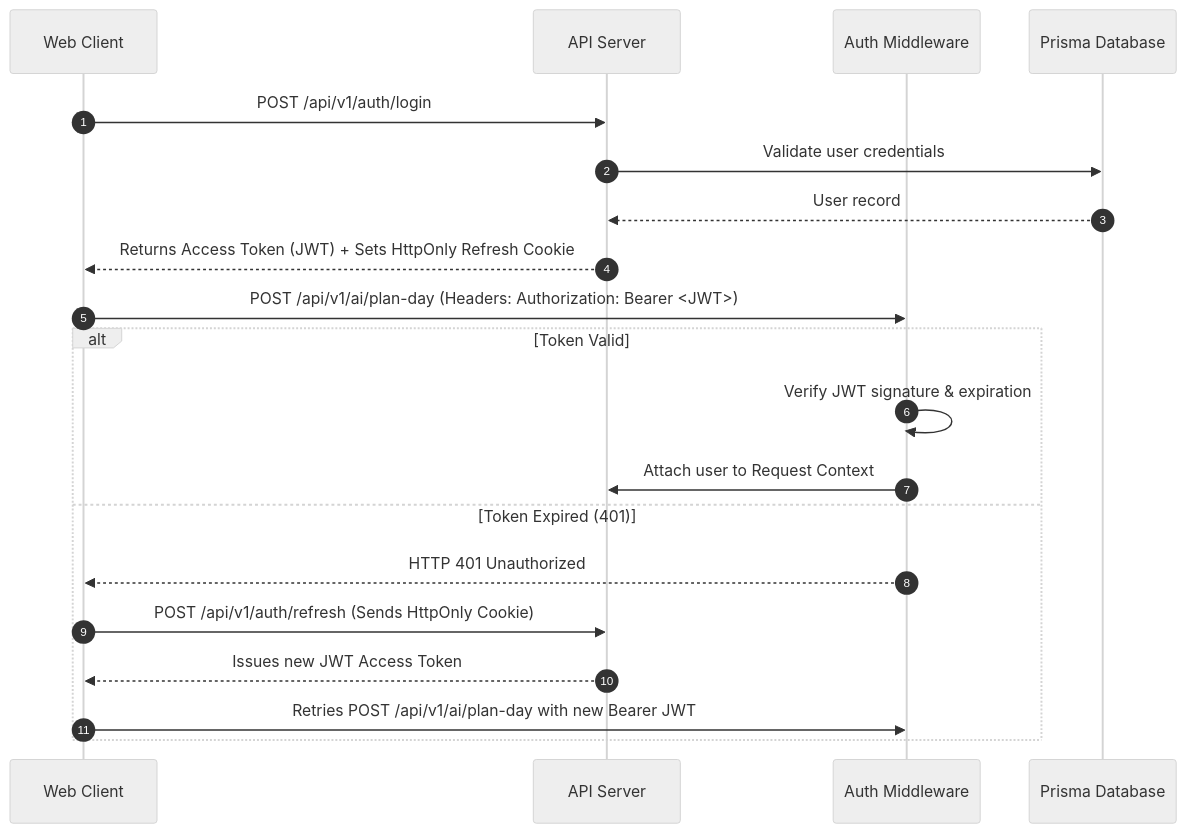
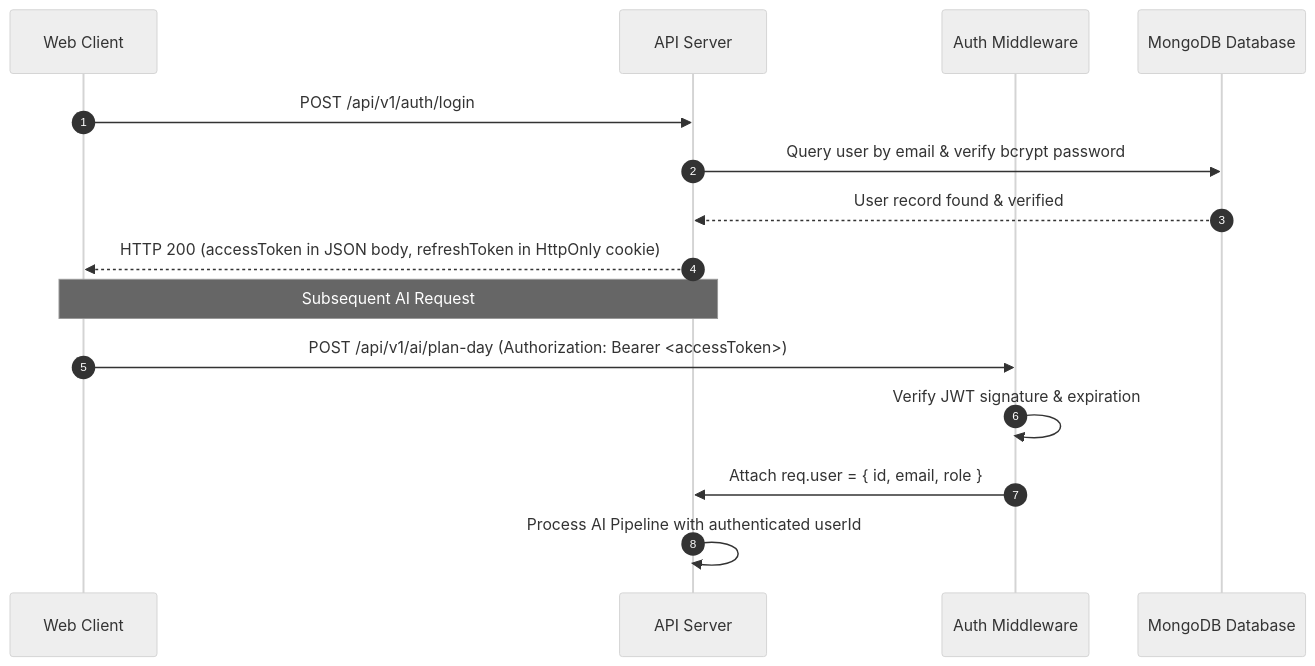
Before and after one commit to KISHOR059/aethermind-ai: the second of 3 diagrams in Ai-Architecture.md, drawn with Mermaid (neutral theme). The commit also changed other lines of this file and 2 other files, not shown here.

````diff
--- a/Ai-Architecture.md
+++ b/Ai-Architecture.md
@@ -242,24 +249,19 @@
 ```mermaid
 sequenceDiagram
     autonumber
     participant Client as Web Client
     participant API as API Server
     participant Auth as Auth Middleware
-    participant DB as Prisma Database
+    participant DB as MongoDB Database
 
     Client->>API: POST /api/v1/auth/login
-    API->>DB: Validate user credentials
-    DB-->>API: User record
-    API-->>Client: Returns Access Token (JWT) + Sets HttpOnly Refresh Cookie
-
-    Client->>Auth: POST /api/v1/ai/plan-day (Headers: Authorization: Bearer <JWT>)
-    alt Token Valid
-        Auth->>Auth: Verify JWT signature & expiration
-        Auth->>API: Attach user to Request Context
-    else Token Expired (401)
-        Auth-->>Client: HTTP 401 Unauthorized
-        Client->>API: POST /api/v1/auth/refresh (Sends HttpOnly Cookie)
-        API-->>Client: Issues new JWT Access Token
-        Client->>Auth: Retries POST /api/v1/ai/plan-day with new Bearer JWT
-    end
+    API->>DB: Query user by email & verify bcrypt password
+    DB-->>API: User record found & verified
+    API-->>Client: HTTP 200 (accessToken in JSON body, refreshToken in HttpOnly cookie)
+    
+    Note over Client,API: Subsequent AI Request
+    Client->>Auth: POST /api/v1/ai/plan-day (Authorization: Bearer <accessToken>)
+    Auth->>Auth: Verify JWT signature & expiration
+    Auth->>API: Attach req.user = { id, email, role }
+    API->>API: Process AI Pipeline with authenticated userId
 ```
````
